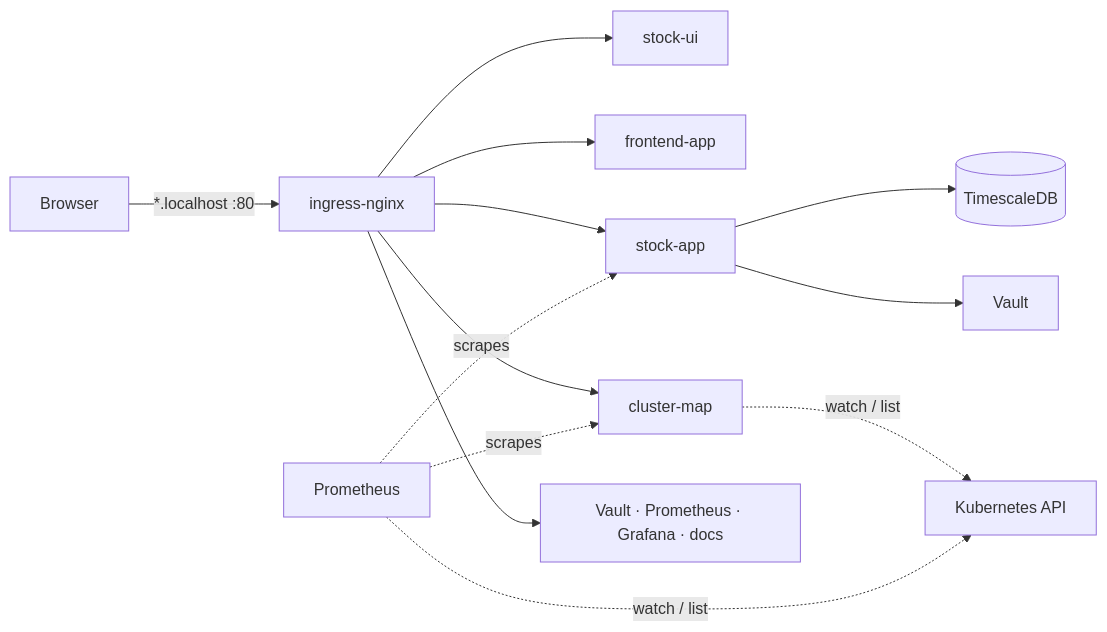
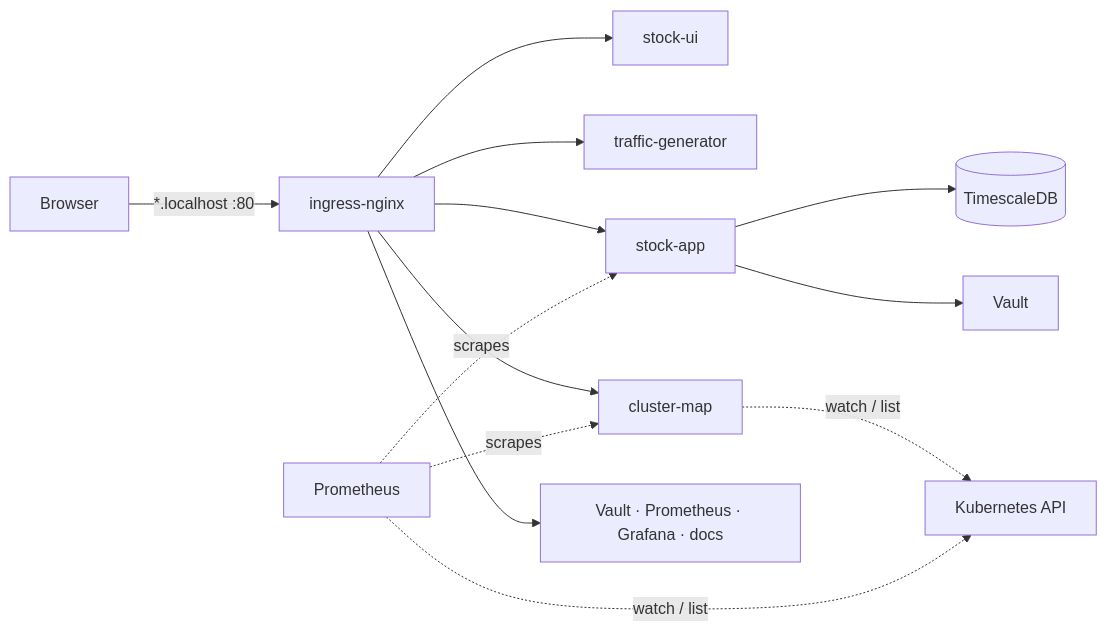
The diagram in documentation/docs/design.md (Jeremiaszmacura/platform-engineering-stack), drawn with Mermaid before and after one commit. The commit also changed other lines of this file and 42 other files, not shown here.

First line of the commit message:
chore: rename frontend-app to traffic-generator

````diff
--- a/documentation/docs/design.md
+++ b/documentation/docs/design.md
@@ -9,9 +9,9 @@
 ```mermaid
 flowchart LR
     B[Browser] -->|"*.localhost :80"| IC[ingress-nginx]
-    IC --> SUI[stock-ui] & FE[frontend-app] & ST[stock-app] & CM[cluster-map] & OTHER["Vault · Prometheus · Grafana · docs"]
+    IC --> SUI[stock-ui] & TG[traffic-generator] & ST[stock-app] & CM[cluster-map] & OTHER["Vault · Prometheus · Grafana · docs"]
     ST --> TS[(TimescaleDB)]
     ST --> VA[Vault]
     PR[Prometheus] -.scrapes.-> ST & CM
     CM & PR -.watch / list.-> API[Kubernetes API]
 ```
````
